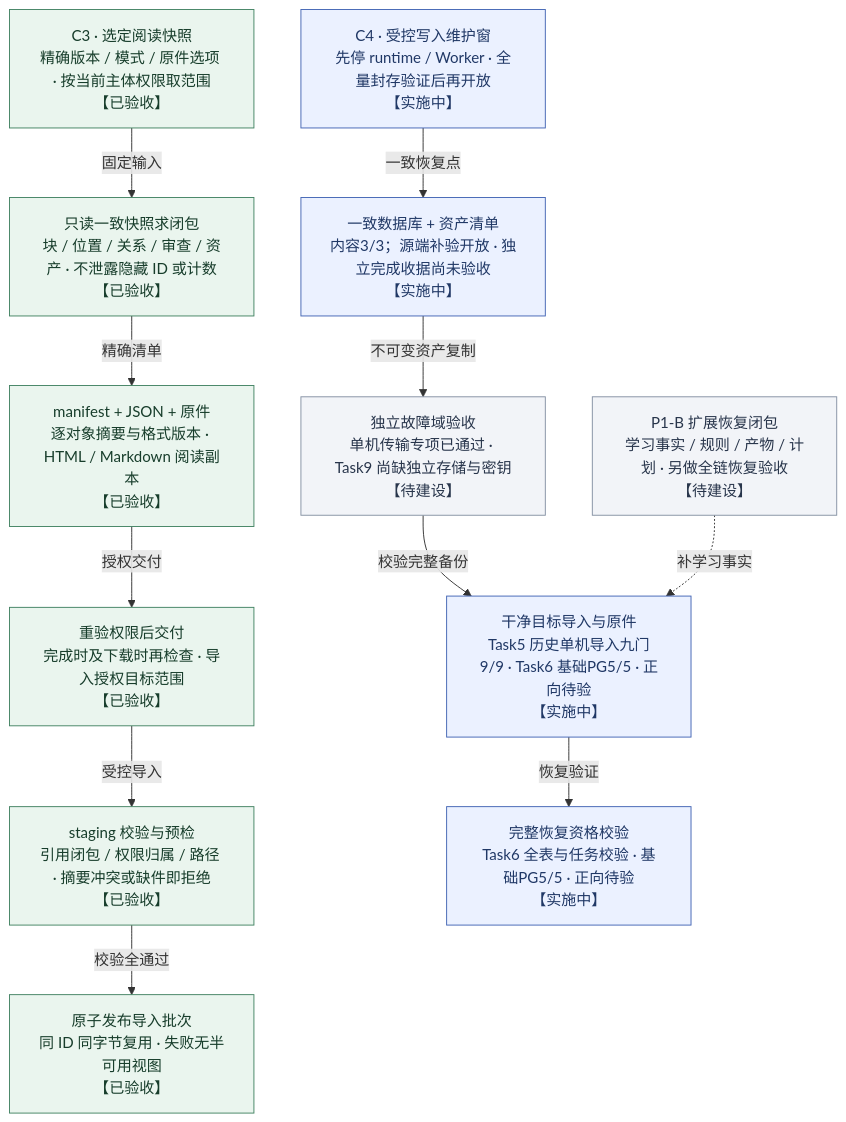
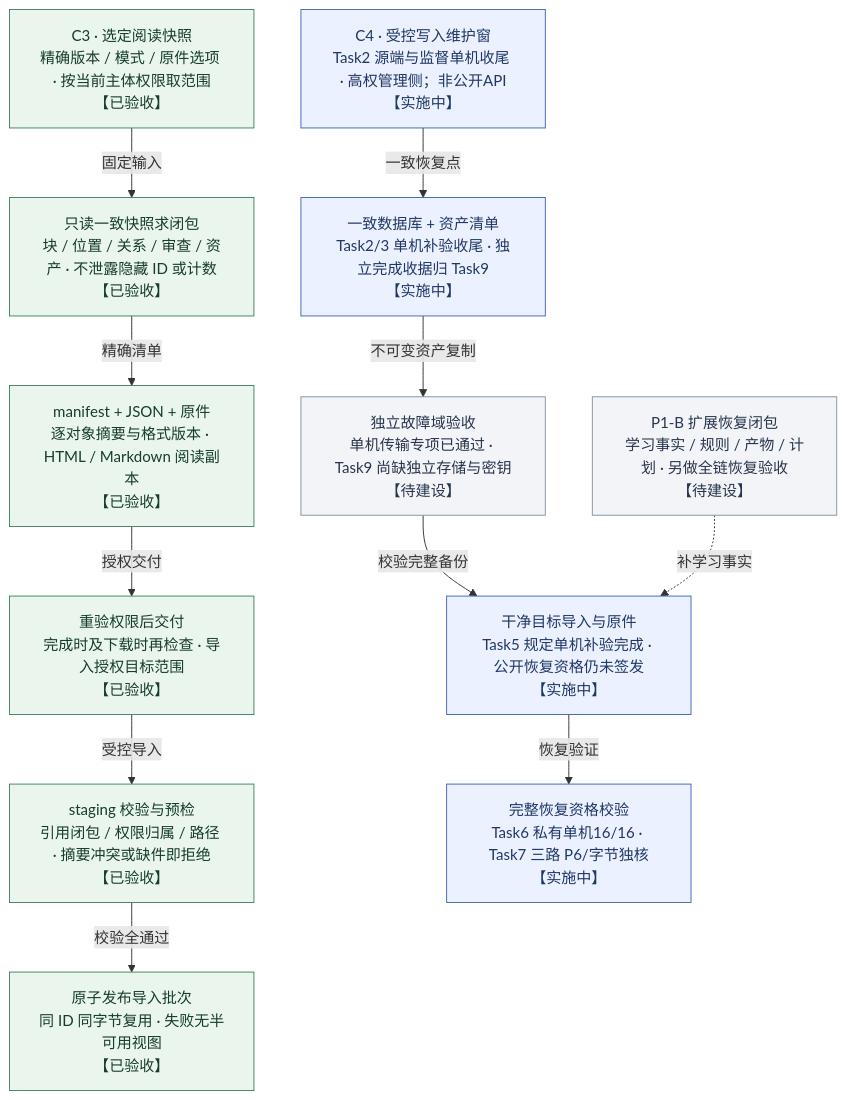
One commit to MansurnamedZhang/learning-system-p0c4 changed the eighth of 9 diagrams in docs/KnowWeave实施路线与系统架构.md. Above: the diagram before and after it, drawn with Mermaid. The commit also changed other lines of this file and 14 other files, not shown here.

First line of the commit message:
docs: audit full roadmap and regenerate current architecture maps

````diff
--- a/docs/KnowWeave实施路线与系统架构.md
+++ b/docs/KnowWeave实施路线与系统架构.md
@@ -398,32 +372,32 @@
 ```mermaid
 flowchart TB
     view["C3 · 选定阅读快照<br/>精确版本 / 模式 / 原件选项 · 按当前主体权限取范围<br/>【已验收】"]
     closure["只读一致快照求闭包<br/>块 / 位置 / 关系 / 审查 / 资产 · 不泄露隐藏 ID 或计数<br/>【已验收】"]
     bundle["manifest + JSON + 原件<br/>逐对象摘要与格式版本 · HTML / Markdown 阅读副本<br/>【已验收】"]
     visible["原子发布导入批次<br/>同 ID 同字节复用 · 失败无半可用视图<br/>【已验收】"]
     preflight["staging 校验与预检<br/>引用闭包 / 权限归属 / 路径 · 摘要冲突或缺件即拒绝<br/>【已验收】"]
     delivery["重验权限后交付<br/>完成时及下载时再检查 · 导入授权目标范围<br/>【已验收】"]
-    pause["C4 · 受控写入维护窗<br/>先停 runtime / Worker · 全量封存验证后再开放<br/>【实施中】"]
-    backup["一致数据库 + 资产清单<br/>内容3/3；源端补验开放 · 独立完成收据尚未验收<br/>【实施中】"]
+    pause["C4 · 受控写入维护窗<br/>Task2 源端与监督单机收尾 · 高权管理侧；非公开API<br/>【实施中】"]
+    backup["一致数据库 + 资产清单<br/>Task2/3 单机补验收尾 · 独立完成收据归 Task9<br/>【实施中】"]
     copy["独立故障域验收<br/>单机传输专项已通过 · Task9 尚缺独立存储与密钥<br/>【待建设】"]
-    check["完整恢复资格校验<br/>Task6 全表与任务校验 · 基础PG5/5 · 正向待验<br/>【实施中】"]
-    restore["干净目标导入与原件<br/>Task5 历史单机导入九门9/9 · Task6 基础PG5/5 · 正向待验<br/>【实施中】"]
+    check["完整恢复资格校验<br/>Task6 私有单机16/16 · Task7 三路 P6/字节独核<br/>【实施中】"]
+    restore["干净目标导入与原件<br/>Task5 规定单机补验完成 · 公开恢复资格仍未签发<br/>【实施中】"]
     future["P1-B 扩展恢复闭包<br/>学习事实 / 规则 / 产物 / 计划 · 另做全链恢复验收<br/>【待建设】"]
     view -- "固定输入" --> closure
     closure -- "精确清单" --> bundle
     bundle -- "授权交付" --> delivery
     delivery -- "受控导入" --> preflight
     preflight -- "校验全通过" --> visible
     pause -- "一致恢复点" --> backup
     backup -- "不可变资产复制" --> copy
     copy -- "校验完整备份" --> restore
     restore -- "恢复验证" --> check
     future -. "补学习事实" .-> restore
     class view,closure,bundle,visible,preflight,delivery done
     class pause,backup,check,restore next
     class copy,future planned
     classDef done fill:#eaf5ee,stroke:#438363,color:#173d2b
     classDef next fill:#ebf1ff,stroke:#4365b4,color:#203866
     classDef planned fill:#f2f4f8,stroke:#8591a3,color:#28354b
     classDef optional fill:#f3ecfb,stroke:#9271b0,color:#4a3362
 ```
````
